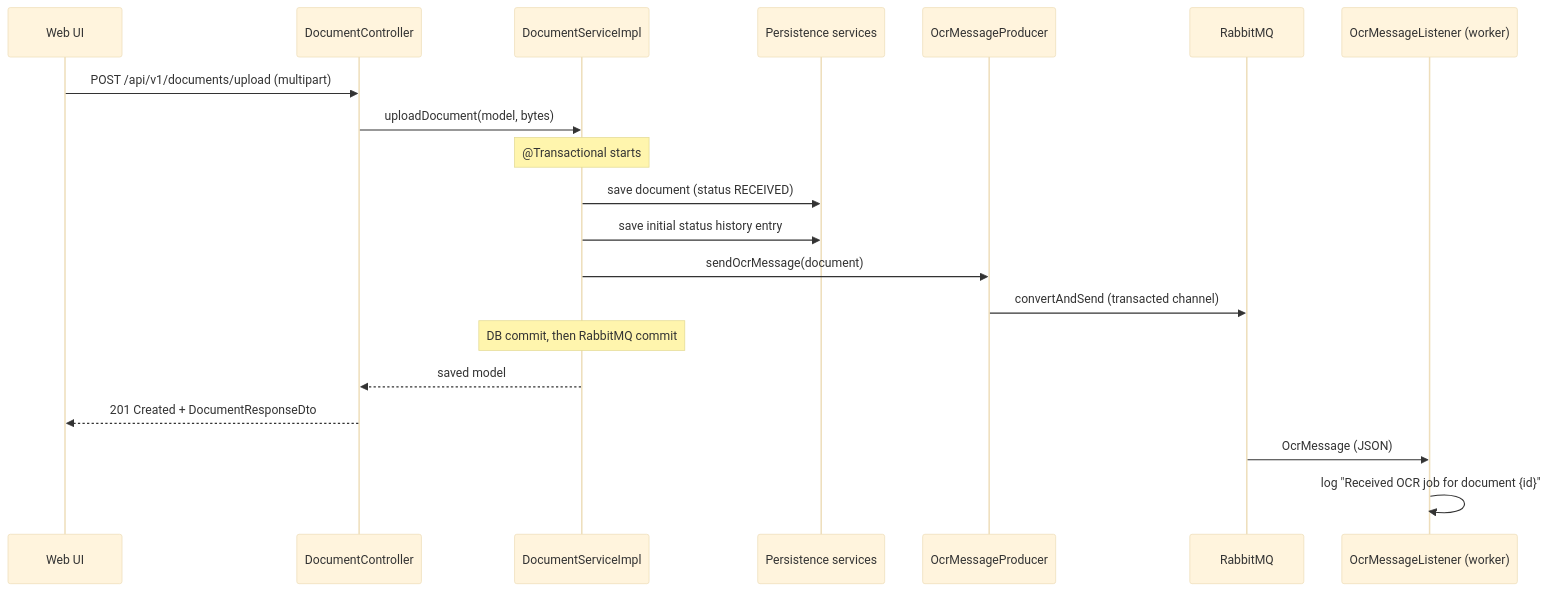
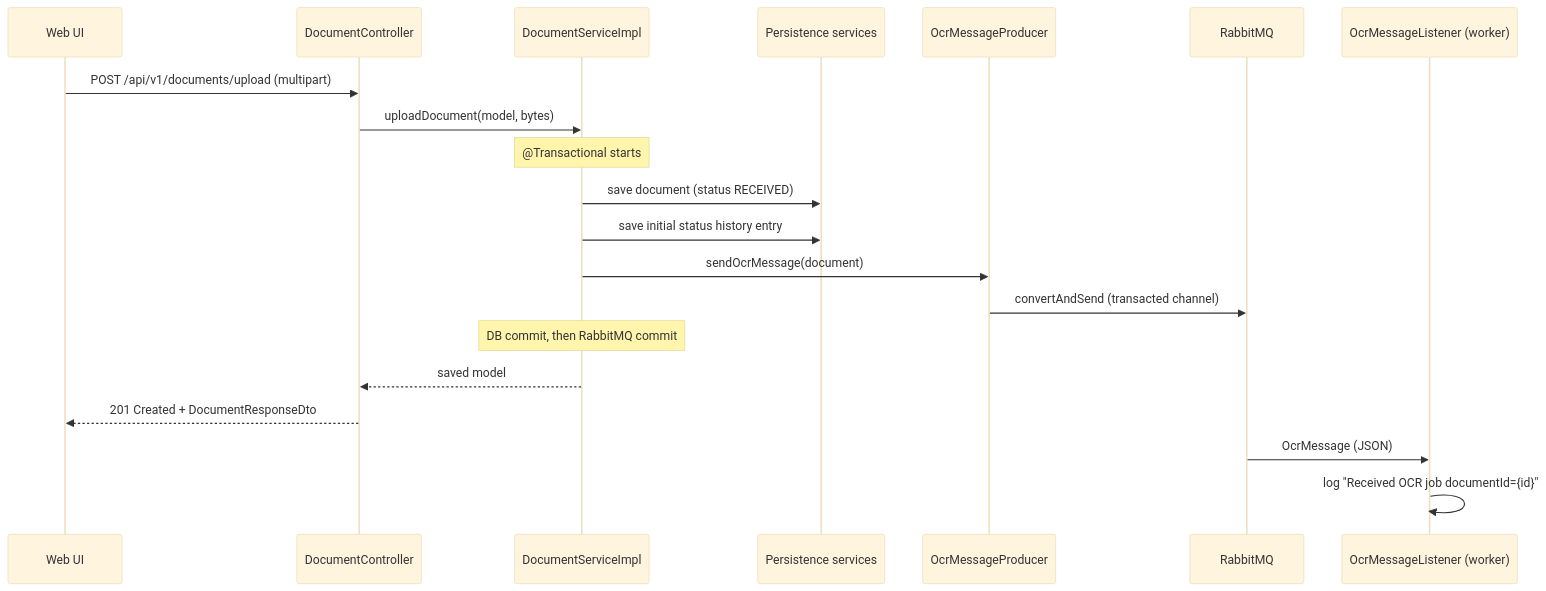
One commit to David-Velichka/paperless-dms changed the second of 2 diagrams in docs/architecture.md. Above: the diagram before and after it, drawn with Mermaid (base theme). The commit also changed 16 other files, not shown here.

````diff
--- a/docs/architecture.md
+++ b/docs/architecture.md
@@ -25,23 +25,23 @@
 ```mermaid
 sequenceDiagram
     participant UI as Web UI
     participant C as DocumentController
     participant S as DocumentServiceImpl
     participant P as Persistence services
     participant Q as OcrMessageProducer
     participant MQ as RabbitMQ
     participant W as OcrMessageListener (worker)
 
     UI->>C: POST /api/v1/documents/upload (multipart)
     C->>S: uploadDocument(model, bytes)
     Note over S: @Transactional starts
     S->>P: save document (status RECEIVED)
     S->>P: save initial status history entry
     S->>Q: sendOcrMessage(document)
     Q->>MQ: convertAndSend (transacted channel)
     Note over S: DB commit, then RabbitMQ commit
     S-->>C: saved model
     C-->>UI: 201 Created + DocumentResponseDto
     MQ->>W: OcrMessage (JSON)
-    W->>W: log "Received OCR job for document {id}"
+    W->>W: log "Received OCR job documentId={id}"
 ```
````
